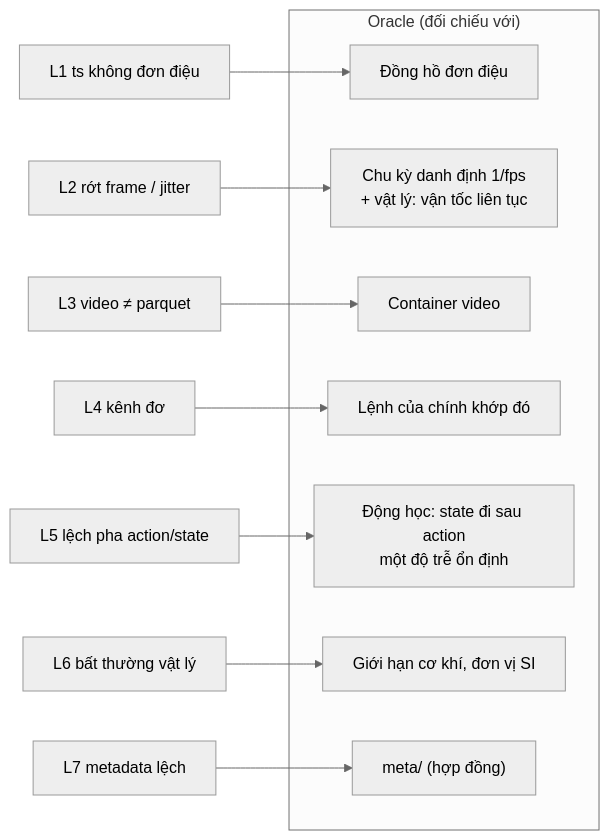
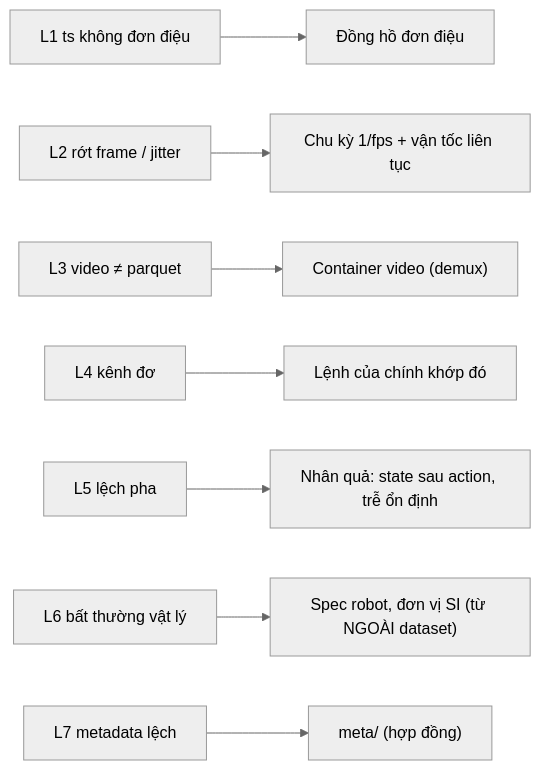
Before and after one commit to mrleloi/robotics-lab: the third of 6 diagrams in giao-trinh/khoa-2/m2-dataset-audit.md, drawn with Mermaid (neutral theme). The commit also changed other lines of this file and 7 other files, not shown here.

````diff
--- a/giao-trinh/khoa-2/m2-dataset-audit.md
+++ b/giao-trinh/khoa-2/m2-dataset-audit.md
@@ -518,19 +656,10 @@
 ```mermaid
 flowchart LR
-  subgraph O["Oracle (đối chiếu với)"]
-    O1["Đồng hồ đơn điệu"]
-    O2["Chu kỳ danh định 1/fps<br/>+ vật lý: vận tốc liên tục"]
-    O3["Container video"]
-    O4["Lệnh của chính khớp đó"]
-    O5["Động học: state đi sau action<br/>một độ trễ ổn định"]
-    O6["Giới hạn cơ khí, đơn vị SI"]
-    O7["meta/ (hợp đồng)"]
-  end
-  L1["L1 ts không đơn điệu"] --> O1
-  L2["L2 rớt frame / jitter"] --> O2
-  L3["L3 video ≠ parquet"] --> O3
-  L4["L4 kênh đơ"] --> O4
-  L5["L5 lệch pha action/state"] --> O5
-  L6["L6 bất thường vật lý"] --> O6
-  L7["L7 metadata lệch"] --> O7
+  L1["L1 ts không đơn điệu"] --> O1["Đồng hồ đơn điệu"]
+  L2["L2 rớt frame / jitter"] --> O2["Chu kỳ 1/fps + vận tốc liên tục"]
+  L3["L3 video ≠ parquet"] --> O3["Container video (demux)"]
+  L4["L4 kênh đơ"] --> O4["Lệnh của chính khớp đó"]
+  L5["L5 lệch pha"] --> O5["Nhân quả: state sau action, trễ ổn định"]
+  L6["L6 bất thường vật lý"] --> O6["Spec robot, đơn vị SI (từ NGOÀI dataset)"]
+  L7["L7 metadata lệch"] --> O7["meta/ (hợp đồng)"]
 ```
````
